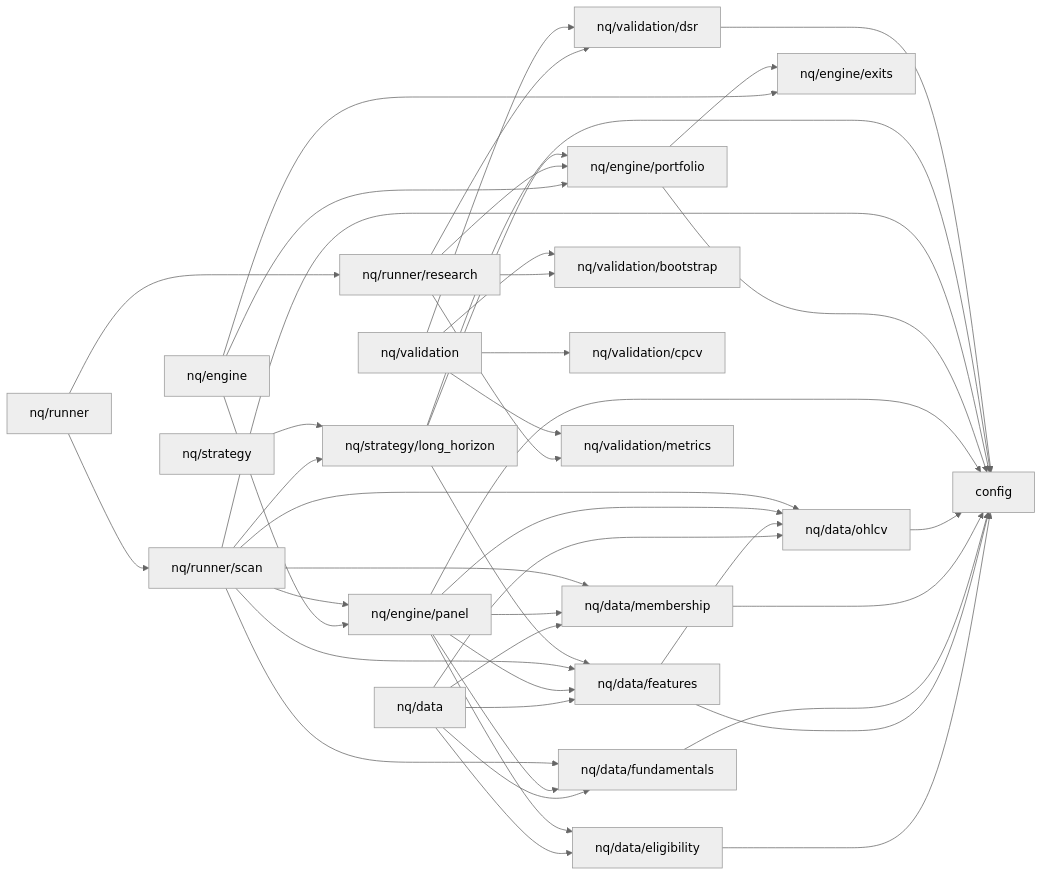
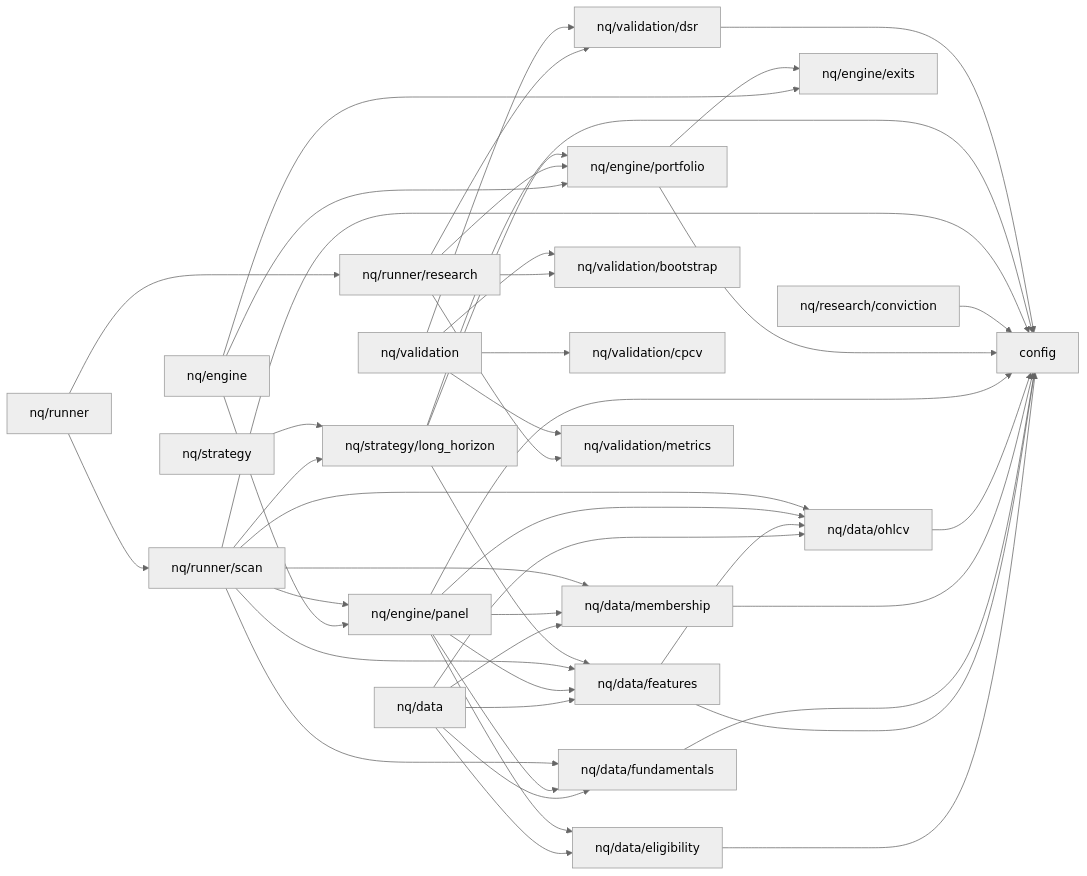
One commit to kreeshpatel/nifty-satvik changed the diagram in docs/DEPENDENCY_MAP.md. Above: the diagram before and after it, drawn with Mermaid (neutral theme). The commit also changed 6 other files, not shown here.

First line of the commit message:
feat(research): Stage-C C2 — conviction score + rank-IC vs per-trade P&L

````diff
--- a/docs/DEPENDENCY_MAP.md
+++ b/docs/DEPENDENCY_MAP.md
@@ -9,68 +9,70 @@
 ```mermaid
 flowchart LR
     config["config"]
     nq_data["nq/data"]
     nq_data_eligibility["nq/data/eligibility"]
     nq_data_features["nq/data/features"]
     nq_data_fundamentals["nq/data/fundamentals"]
     nq_data_membership["nq/data/membership"]
     nq_data_ohlcv["nq/data/ohlcv"]
     nq_engine["nq/engine"]
     nq_engine_exits["nq/engine/exits"]
     nq_engine_panel["nq/engine/panel"]
     nq_engine_portfolio["nq/engine/portfolio"]
+    nq_research_conviction["nq/research/conviction"]
     nq_runner["nq/runner"]
     nq_runner_research["nq/runner/research"]
     nq_runner_scan["nq/runner/scan"]
     nq_strategy["nq/strategy"]
     nq_strategy_long_horizon["nq/strategy/long_horizon"]
     nq_validation["nq/validation"]
     nq_validation_bootstrap["nq/validation/bootstrap"]
     nq_validation_cpcv["nq/validation/cpcv"]
     nq_validation_dsr["nq/validation/dsr"]
     nq_validation_metrics["nq/validation/metrics"]
     nq_data --> nq_data_eligibility
     nq_data --> nq_data_features
     nq_data --> nq_data_fundamentals
     nq_data --> nq_data_membership
     nq_data --> nq_data_ohlcv
     nq_data_eligibility --> config
     nq_data_features --> config
     nq_data_features --> nq_data_ohlcv
     nq_data_fundamentals --> config
     nq_data_membership --> config
     nq_data_ohlcv --> config
     nq_engine --> nq_engine_exits
     nq_engine --> nq_engine_panel
     nq_engine --> nq_engine_portfolio
     nq_engine_panel --> config
     nq_engine_panel --> nq_data_eligibility
     nq_engine_panel --> nq_data_features
     nq_engine_panel --> nq_data_fundamentals
     nq_engine_panel --> nq_data_membership
     nq_engine_panel --> nq_data_ohlcv
     nq_engine_portfolio --> config
     nq_engine_portfolio --> nq_engine_exits
+    nq_research_conviction --> config
     nq_runner --> nq_runner_research
     nq_runner --> nq_runner_scan
     nq_runner_research --> nq_engine_portfolio
     nq_runner_research --> nq_validation_bootstrap
     nq_runner_research --> nq_validation_dsr
     nq_runner_research --> nq_validation_metrics
     nq_runner_scan --> config
     nq_runner_scan --> nq_data_features
     nq_runner_scan --> nq_data_fundamentals
     nq_runner_scan --> nq_data_membership
     nq_runner_scan --> nq_data_ohlcv
     nq_runner_scan --> nq_engine_panel
     nq_runner_scan --> nq_strategy_long_horizon
     nq_strategy --> nq_strategy_long_horizon
     nq_strategy_long_horizon --> config
     nq_strategy_long_horizon --> nq_data_features
     nq_strategy_long_horizon --> nq_engine_portfolio
     nq_validation --> nq_validation_bootstrap
     nq_validation --> nq_validation_cpcv
     nq_validation --> nq_validation_dsr
     nq_validation --> nq_validation_metrics
     nq_validation_dsr --> config
 ```
````
